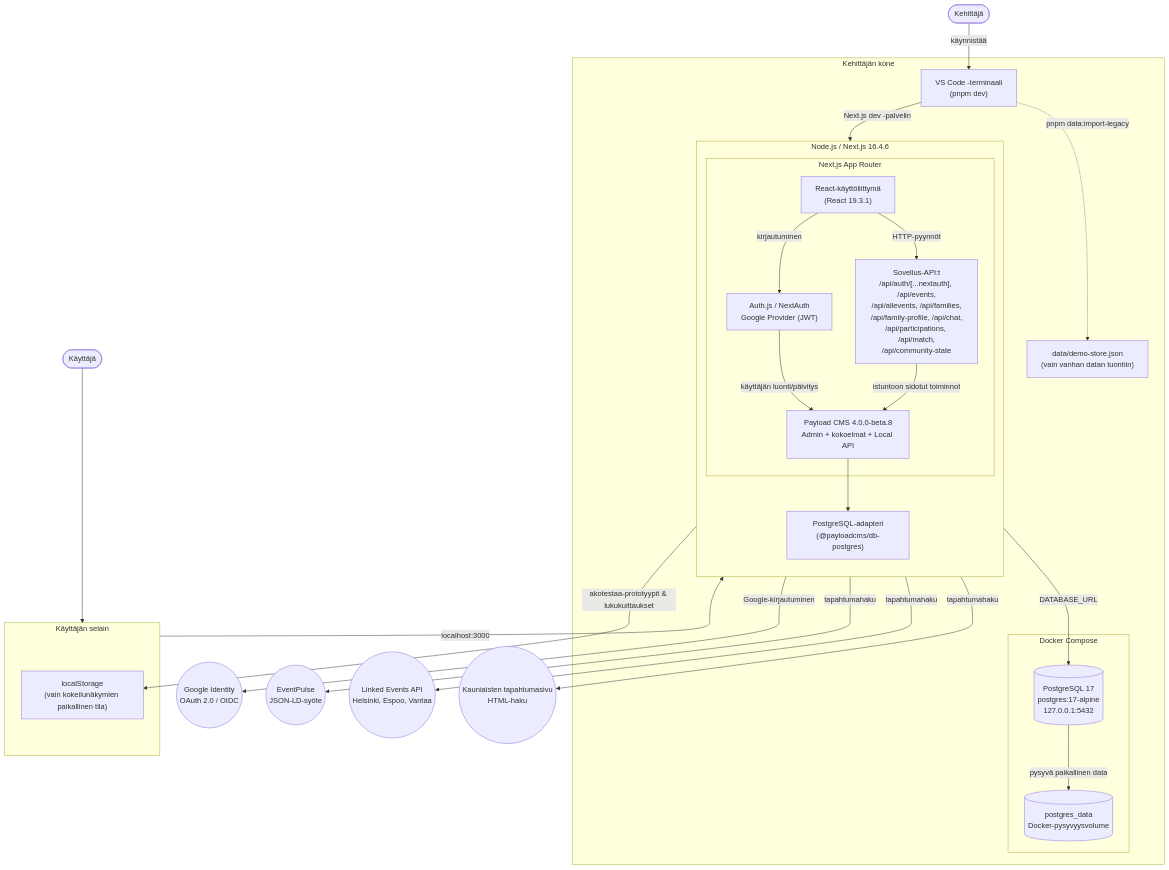
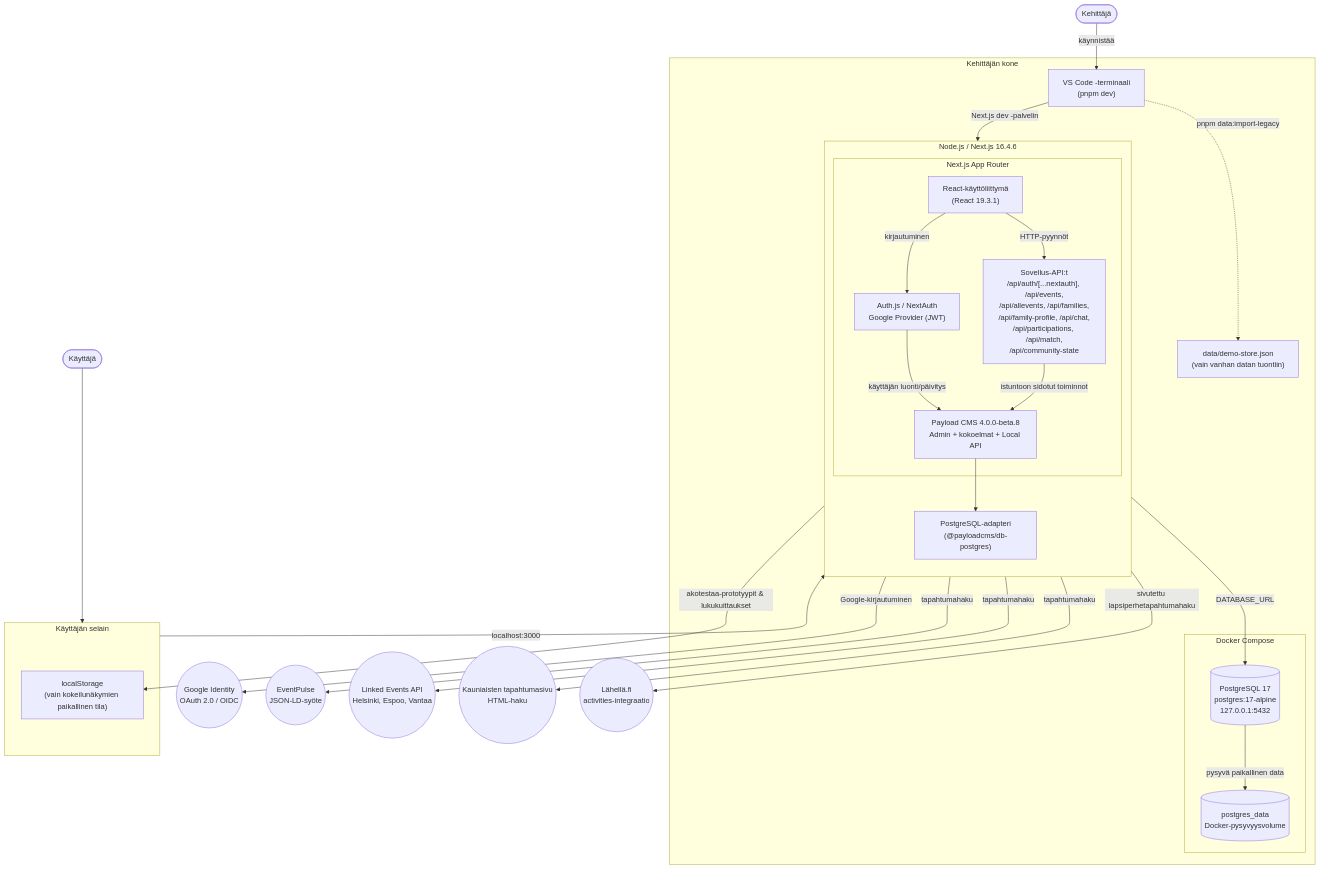
One commit to bdh283ako/Junailijat_ako_coreproto changed the second of 3 diagrams in docs/ARKKITEHTUURI.md. Above: the diagram before and after it, drawn with Mermaid. The commit also changed 11 other files, not shown here.

````diff
--- a/docs/ARKKITEHTUURI.md
+++ b/docs/ARKKITEHTUURI.md
@@ -44,54 +44,56 @@
 ```mermaid
 flowchart TB
     Developer([Kehittäjä]) -->|käynnistää| DevCommand["VS Code -terminaali<br/>(pnpm dev)"]
     User([Käyttäjä]) --> Browser
 
     subgraph LocalMachine["Kehittäjän kone"]
         DevCommand -->|Next.js dev -palvelin| AppRuntime
 
         subgraph AppRuntime["Node.js / Next.js 16.4.6"]
             direction TB
             subgraph AppRouter["Next.js App Router"]
                 UI["React-käyttöliittymä<br/>(React 19.3.1)"]
                 Routes["Sovellus-API:t<br/>/api/auth/[...nextauth], /api/events,<br/>/api/allevents, /api/families,<br/>/api/family-profile, /api/chat,<br/>/api/participations, /api/match,<br/>/api/community-state"]
                 Auth["Auth.js / NextAuth<br/>Google Provider (JWT)"]
                 Payload["Payload CMS 4.0.0-beta.8<br/>Admin + kokoelmat + Local API"]
             end
             DBAdapter["PostgreSQL-adapteri<br/>(@payloadcms/db-postgres)"]
         end
 
         subgraph Docker["Docker Compose"]
             Postgres[("PostgreSQL 17<br/>postgres:17-alpine<br/>127.0.0.1:5432")]
             PGVolume[("postgres_data<br/>Docker-pysyvyysvolume")]
         end
 
         LegacyJson["data/demo-store.json<br/>(vain vanhan datan tuontiin)"]
     end
 
     subgraph Browser["Käyttäjän selain"]
         BrowserStorage["localStorage<br/>(vain kokeilunäkymien paikallinen tila)"]
     end
 
     Google(("Google Identity<br/>OAuth 2.0 / OIDC"))
     EventPulse(("EventPulse<br/>JSON-LD-syöte"))
     LinkedEvents(("Linked Events API<br/>Helsinki, Espoo, Vantaa"))
     Kauniainen(("Kauniaisten tapahtumasivu<br/>HTML-haku"))
+    Lahella(("Lähellä.fi<br/>activities-integraatio"))
 
     Browser -->|localhost:3000| UI
     UI -->|HTTP-pyynnöt| Routes
     UI -->|kirjautuminen| Auth
     UI -->|akotestaa-prototyypit & lukukuittaukset| BrowserStorage
 
     Auth -->|Google-kirjautuminen| Google
     Auth -->|käyttäjän luonti/päivitys| Payload
     Routes -->|istuntoon sidotut toiminnot| Payload
     Payload --> DBAdapter
     DBAdapter -->|DATABASE_URL| Postgres
     Postgres -->|pysyvä paikallinen data| PGVolume
 
     Routes -->|tapahtumahaku| EventPulse
     Routes -->|tapahtumahaku| LinkedEvents
     Routes -->|tapahtumahaku| Kauniainen
+    Routes -->|sivutettu lapsiperhetapahtumahaku| Lahella
 
     DevCommand -.->|pnpm data:import-legacy| LegacyJson
 ```
````
